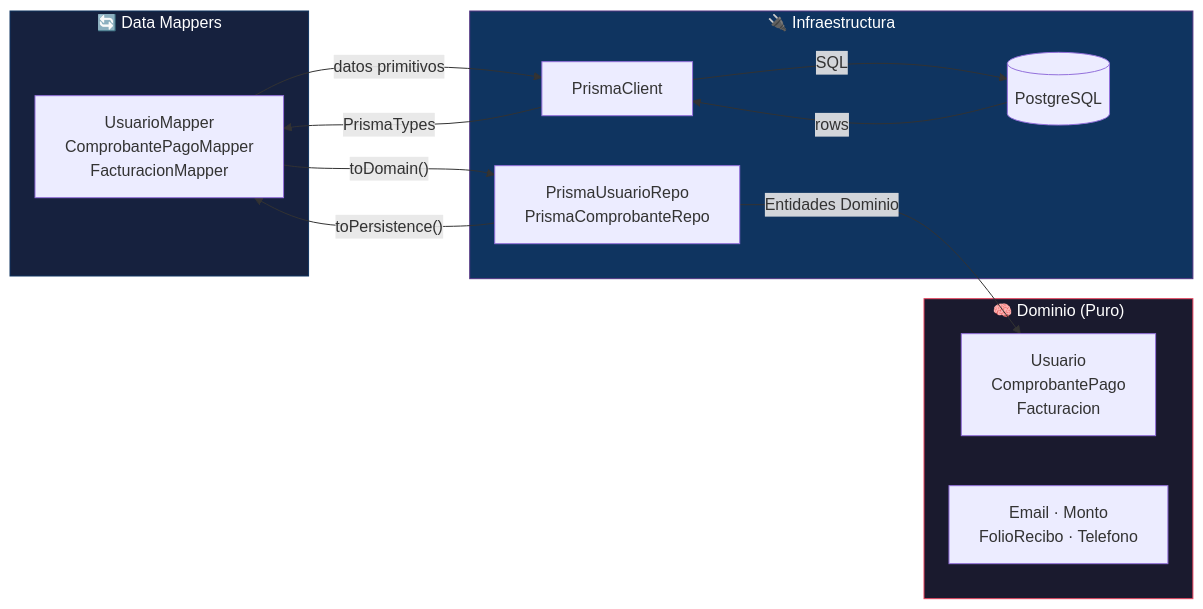
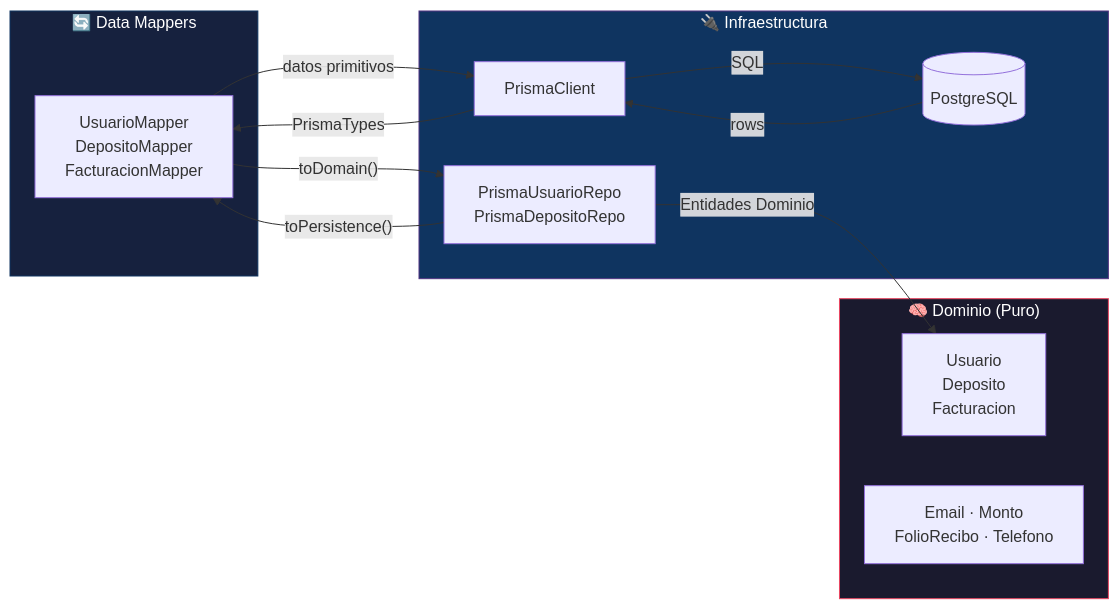
Before and after one commit to iKinoo/aniei-registro-2026: diagram 14 of 14 in docs/DESIGN.md, drawn with Mermaid. The commit also changed other lines of this file, not shown here.

````diff
--- a/docs/DESIGN.md
+++ b/docs/DESIGN.md
@@ -1322,29 +1319,29 @@
 ```mermaid
 graph LR
     subgraph Domain["🧠 Dominio (Puro)"]
-        E["Usuario<br/>ComprobantePago<br/>Facturacion"]
+        E["Usuario<br/>Deposito<br/>Facturacion"]
         VO["Email · Monto<br/>FolioRecibo · Telefono"]
     end
 
     subgraph Mapper["🔄 Data Mappers"]
-        M["UsuarioMapper<br/>ComprobantePagoMapper<br/>FacturacionMapper"]
+        M["UsuarioMapper<br/>DepositoMapper<br/>FacturacionMapper"]
     end
 
     subgraph Infra["🔌 Infraestructura"]
-        R["PrismaUsuarioRepo<br/>PrismaComprobanteRepo"]
+        R["PrismaUsuarioRepo<br/>PrismaDepositoRepo"]
         P["PrismaClient"]
         DB[("PostgreSQL")]
     end
 
     R -->|"toPersistence()"| M
     M -->|"datos primitivos"| P
     P -->|"SQL"| DB
     DB -->|"rows"| P
     P -->|"PrismaTypes"| M
     M -->|"toDomain()"| R
     R -->|"Entidades Dominio"| E
 
     style Domain fill:#1a1a2e,stroke:#e94560,color:#fff
     style Mapper fill:#16213e,stroke:#0f3460,color:#fff
     style Infra fill:#0f3460,stroke:#533483,color:#fff
 ```
````
